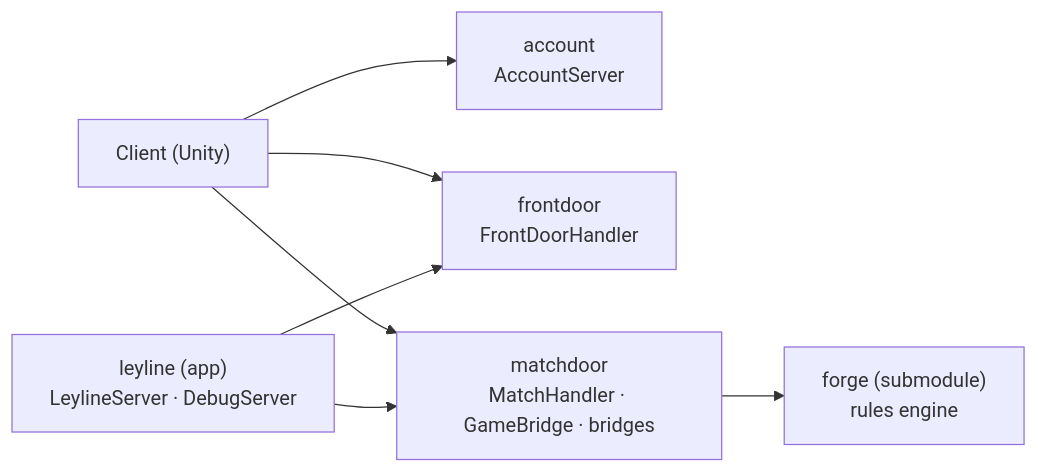
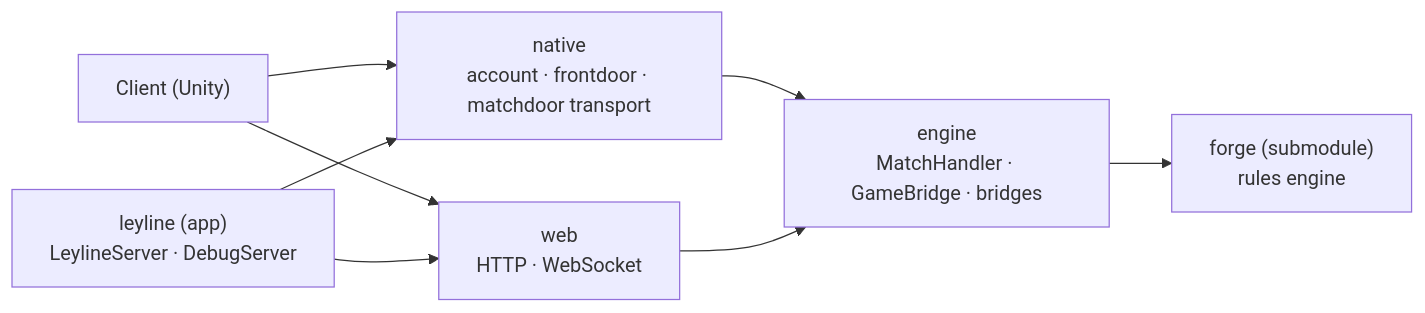
Before and after one commit to delebedev/leyline: the first of 2 diagrams in docs/architecture.md, drawn with Mermaid. The commit also changed other lines of this file and 1132 other files, not shown here.

````diff
--- a/docs/architecture.md
+++ b/docs/architecture.md
@@ -28,16 +28,17 @@
 ```mermaid
 graph LR
     CLIENT["Client (Unity)"]
-    ACCOUNT["account<br/>AccountServer"]
-    FRONTDOOR["frontdoor<br/>FrontDoorHandler"]
-    MATCHDOOR["matchdoor<br/>MatchHandler · GameBridge · bridges"]
+    NATIVE["native<br/>account · frontdoor · matchdoor transport"]
+    WEB["web<br/>HTTP · WebSocket"]
+    ENGINE["engine<br/>MatchHandler · GameBridge · bridges"]
     APP["leyline (app)<br/>LeylineServer · DebugServer"]
     FORGE["forge (submodule)<br/>rules engine"]
 
-    CLIENT --> ACCOUNT
-    CLIENT --> FRONTDOOR
-    CLIENT --> MATCHDOOR
-    APP --> FRONTDOOR
-    APP --> MATCHDOOR
-    MATCHDOOR --> FORGE
+    CLIENT --> NATIVE
+    CLIENT --> WEB
+    APP --> NATIVE
+    APP --> WEB
+    NATIVE --> ENGINE
+    WEB --> ENGINE
+    ENGINE --> FORGE
 ```
````
